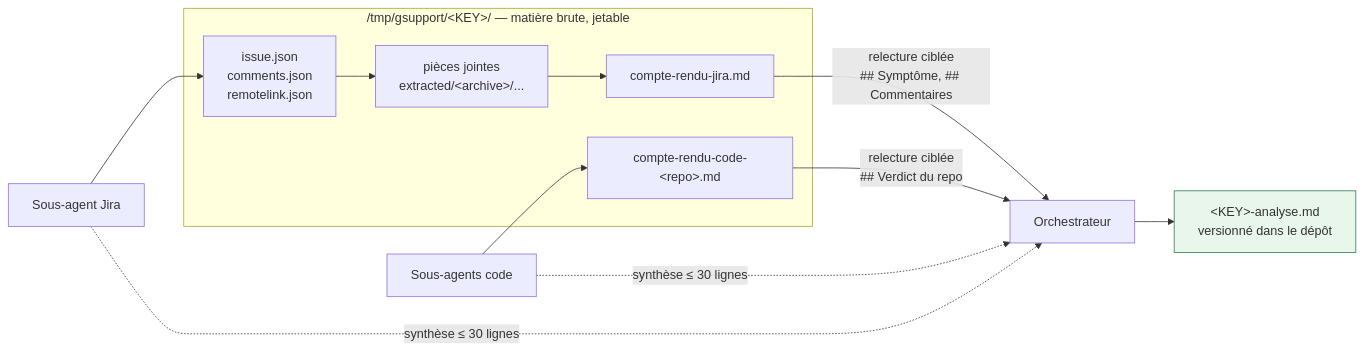
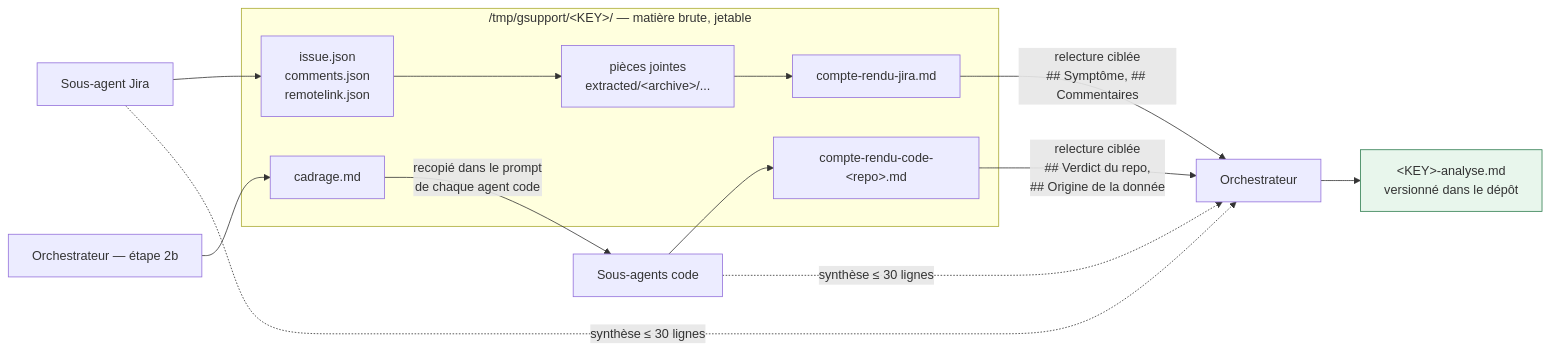
One commit to tomsoulage-dedalus/presc-workflows-tools changed the second of 5 diagrams in skills/gsupport-analyze/ARCHITECTURE.md. Above: the diagram before and after it, drawn with Mermaid. The commit also changed other lines of this file and 3 other files, not shown here.

````diff
--- a/skills/gsupport-analyze/ARCHITECTURE.md
+++ b/skills/gsupport-analyze/ARCHITECTURE.md
@@ -91,20 +98,23 @@
 ```mermaid
 flowchart LR
     subgraph TMP["/tmp/gsupport/&lt;KEY&gt;/ — matière brute, jetable"]
         J["issue.json<br/>comments.json<br/>remotelink.json"]
         PJ["pièces jointes<br/>extracted/&lt;archive&gt;/..."]
         DJ["compte-rendu-jira.md"]
+        CAD["cadrage.md"]
         DC["compte-rendu-code-&lt;repo&gt;.md"]
     end
 
     A2["Sous-agent Jira"] --> J --> PJ --> DJ
     A4["Sous-agents code"] --> DC
+    O2B["Orchestrateur — étape 2b"] --> CAD
 
     A2 -.->|synthèse ≤ 30 lignes| O["Orchestrateur"]
     A4 -.->|synthèse ≤ 30 lignes| O
     DJ -->|relecture ciblée<br/>## Symptôme, ## Commentaires| O
-    DC -->|relecture ciblée<br/>## Verdict du repo| O
+    CAD -->|recopié dans le prompt<br/>de chaque agent code| A4
+    DC -->|relecture ciblée<br/>## Verdict du repo,<br/>## Origine de la donnée| O
     O --> REP["&lt;KEY&gt;-analyse.md<br/>versionné dans le dépôt"]
 
     style REP fill:#e8f6ec,stroke:#2e7d4f
 ```
````
